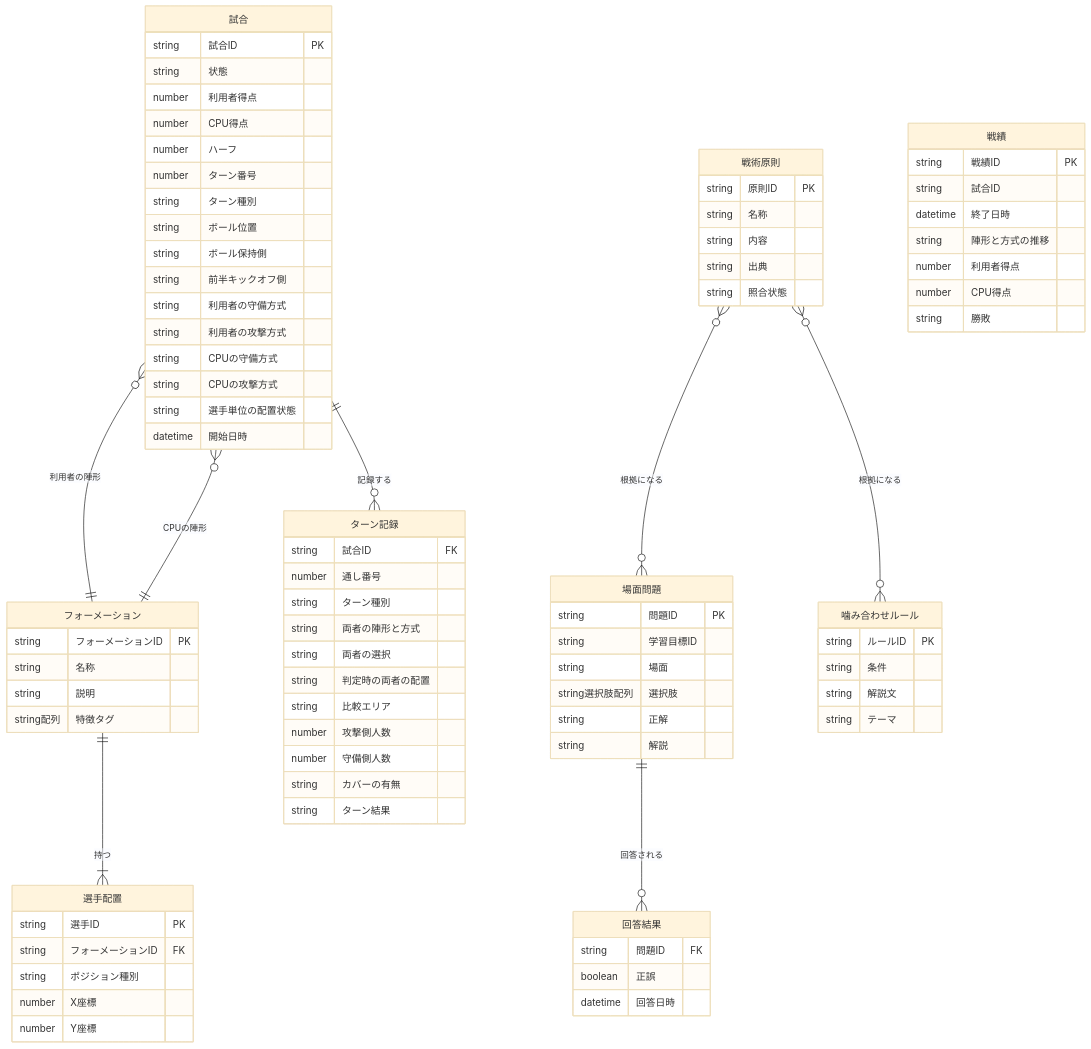
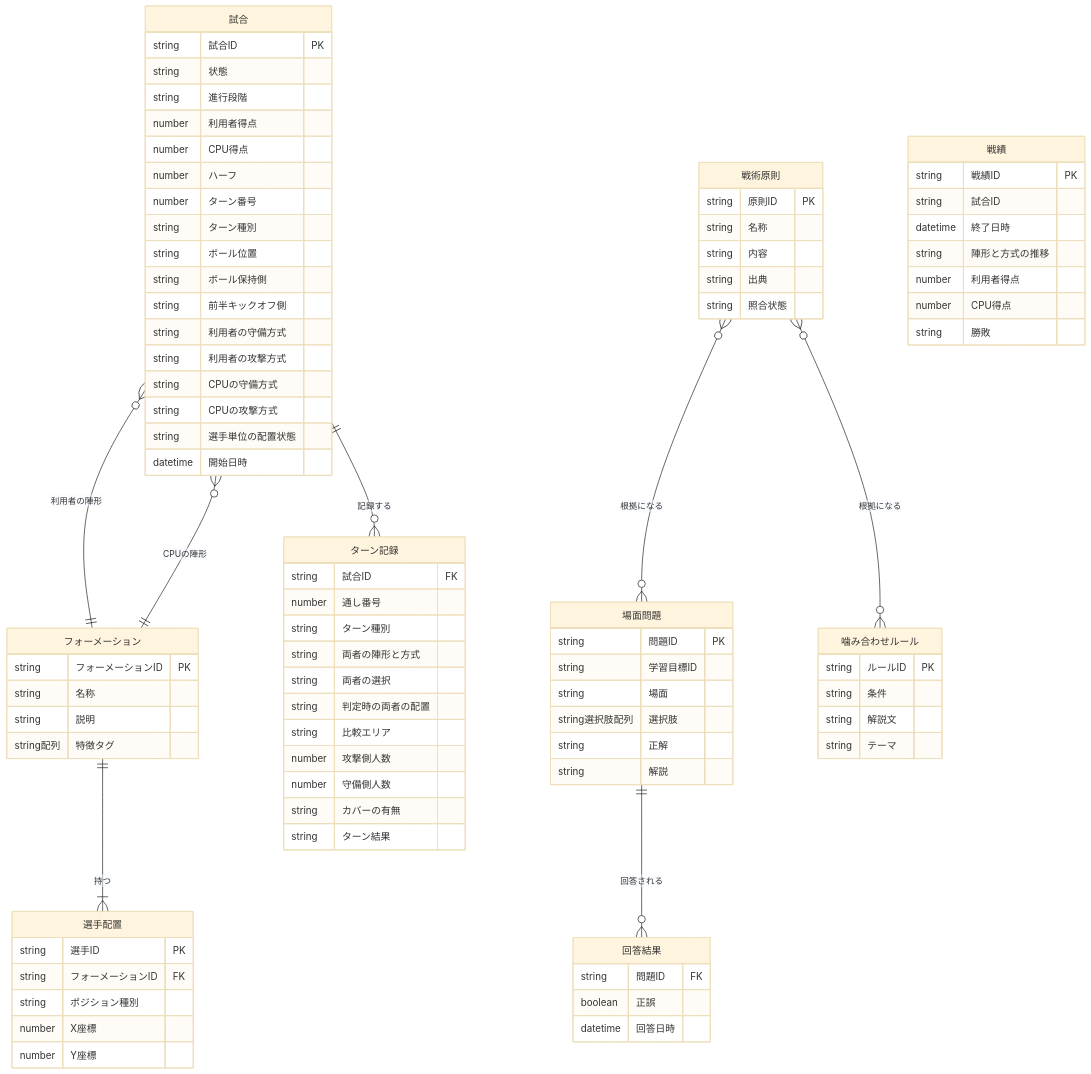
One commit to n-yata/soccer-sim changed the second of 4 diagrams in docs/specs/1_requirements/functional-overview.md. Above: the diagram before and after it, drawn with Mermaid (base theme). The commit also changed other lines of this file and 7 other files, not shown here.

```diff
--- a/docs/specs/1_requirements/functional-overview.md
+++ b/docs/specs/1_requirements/functional-overview.md
@@ -103,6 +108,7 @@
     試合 {
         string 試合ID PK
         string 状態
+        string 進行段階
         number 利用者得点
         number CPU得点
         number ハーフ
```
